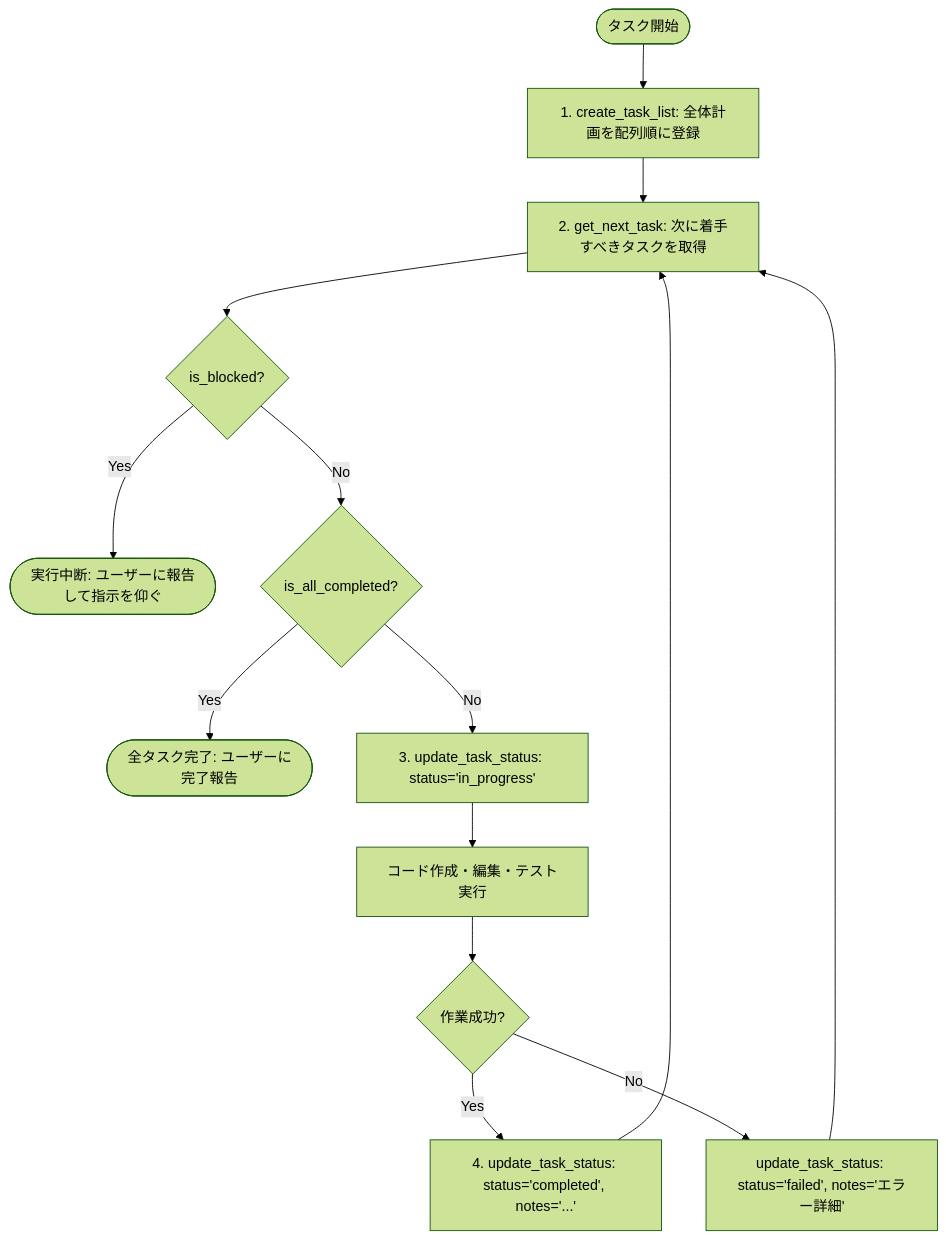
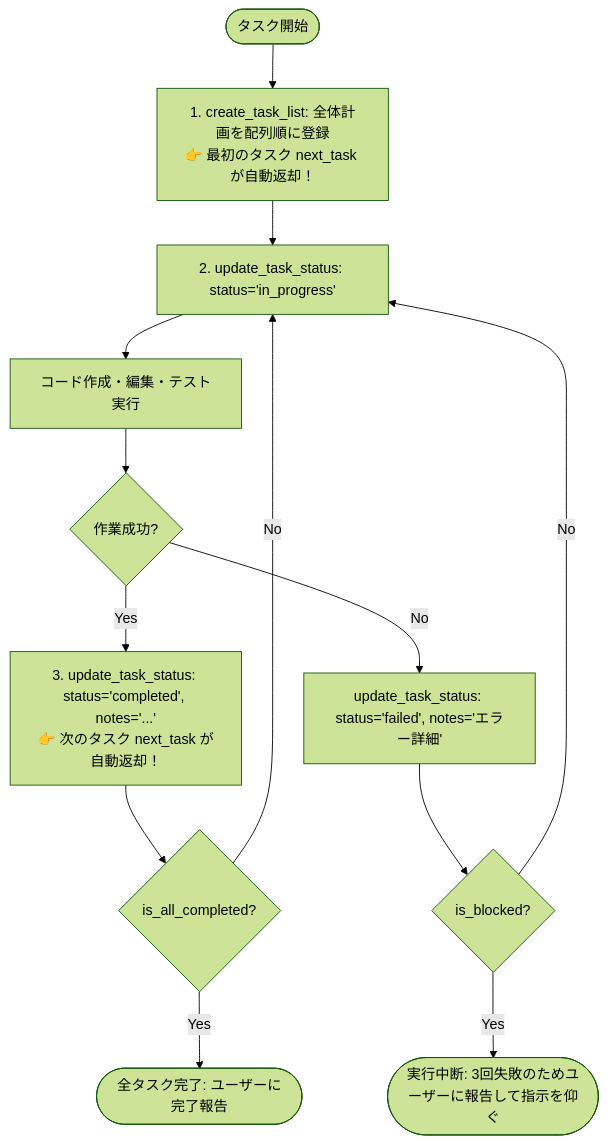
Before and after one commit to snaga/tasks-mcp: the diagram in README.md, drawn with Mermaid (forest theme). The commit also changed other lines of this file and 4 other files, not shown here.

First line of the commit message:
feat(manager): auto-return next task on task creation and completion

````diff
--- a/README.md
+++ b/README.md
@@ -18,16 +18,15 @@
 ```mermaid
 flowchart TD
-    Start([タスク開始]) --> Create[1. create_task_list: 全体計画を配列順に登録]
-    Create --> LoopStart[2. get_next_task: 次に着手すべきタスクを取得]
-    LoopStart --> CheckBlocked{is_blocked?}
-    CheckBlocked -- Yes --> Halt([実行中断: ユーザーに報告して指示を仰ぐ])
-    CheckBlocked -- No --> CheckDone{is_all_completed?}
-    CheckDone -- Yes --> Finish([全タスク完了: ユーザーに完了報告])
-    CheckDone -- No --> StartTask[3. update_task_status: status='in_progress']
+    Start([タスク開始]) --> Create[1. create_task_list: 全体計画を配列順に登録<br/>👉 最初のタスク next_task が自動返却！]
+    Create --> StartTask[2. update_task_status: status='in_progress']
     StartTask --> Work[コード作成・編集・テスト実行]
     Work --> Success{作業成功?}
-    Success -- Yes --> CompleteTask[4. update_task_status: status='completed', notes='...']
-    CompleteTask --> LoopStart
+    Success -- Yes --> CompleteTask[3. update_task_status: status='completed', notes='...'<br/>👉 次のタスク next_task が自動返却！]
+    CompleteTask --> CheckDone{is_all_completed?}
+    CheckDone -- Yes --> Finish([全タスク完了: ユーザーに完了報告])
+    CheckDone -- No --> StartTask
     Success -- No --> FailTask[update_task_status: status='failed', notes='エラー詳細']
-    FailTask --> LoopStart
+    FailTask --> CheckBlocked{is_blocked?}
+    CheckBlocked -- Yes --> Halt([実行中断: 3回失敗のためユーザーに報告して指示を仰ぐ])
+    CheckBlocked -- No --> StartTask
 ```
````
